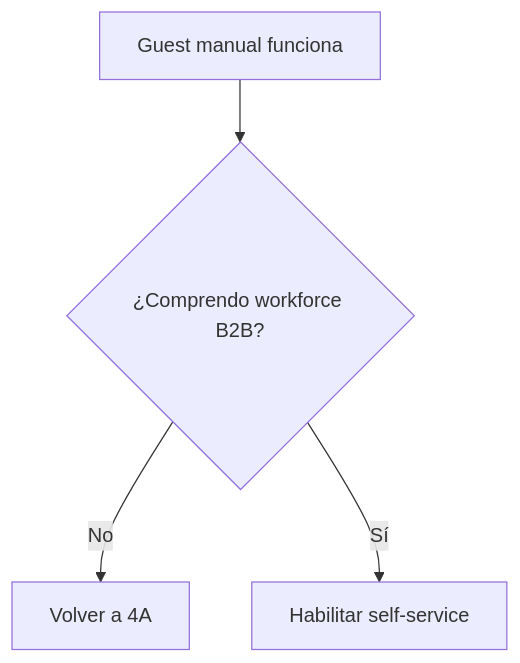
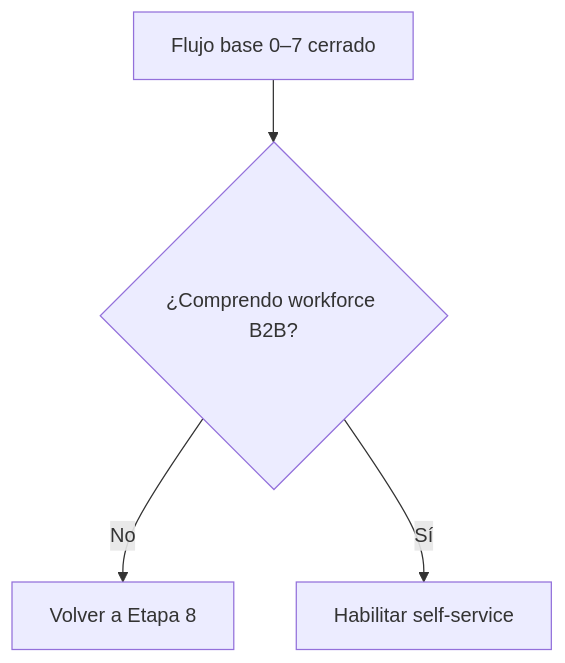
One commit to cmartinezs/DSY1107-DESARROLLO-CLOUD-NATIVE-I-2026-2 changed the first of 5 diagrams in docs/identity/entra-guia-completa/04b-self-service-habilitar-tenant.md. Above: the diagram before and after it, drawn with Mermaid. The commit also changed other lines of this file, not shown here.

````diff
--- a/docs/identity/entra-guia-completa/04b-self-service-habilitar-tenant.md
+++ b/docs/identity/entra-guia-completa/04b-self-service-habilitar-tenant.md
@@ -22,6 +18,6 @@
 ```mermaid
 flowchart TD
-    A[Guest manual funciona] --> B{¿Comprendo workforce B2B?}
-    B -- No --> BACK[Volver a 4A]
+    A[Flujo base 0–7 cerrado] --> B{¿Comprendo workforce B2B?}
+    B -- No --> BACK[Volver a Etapa 8]
     B -- Sí --> C[Habilitar self-service]
 ```
````
